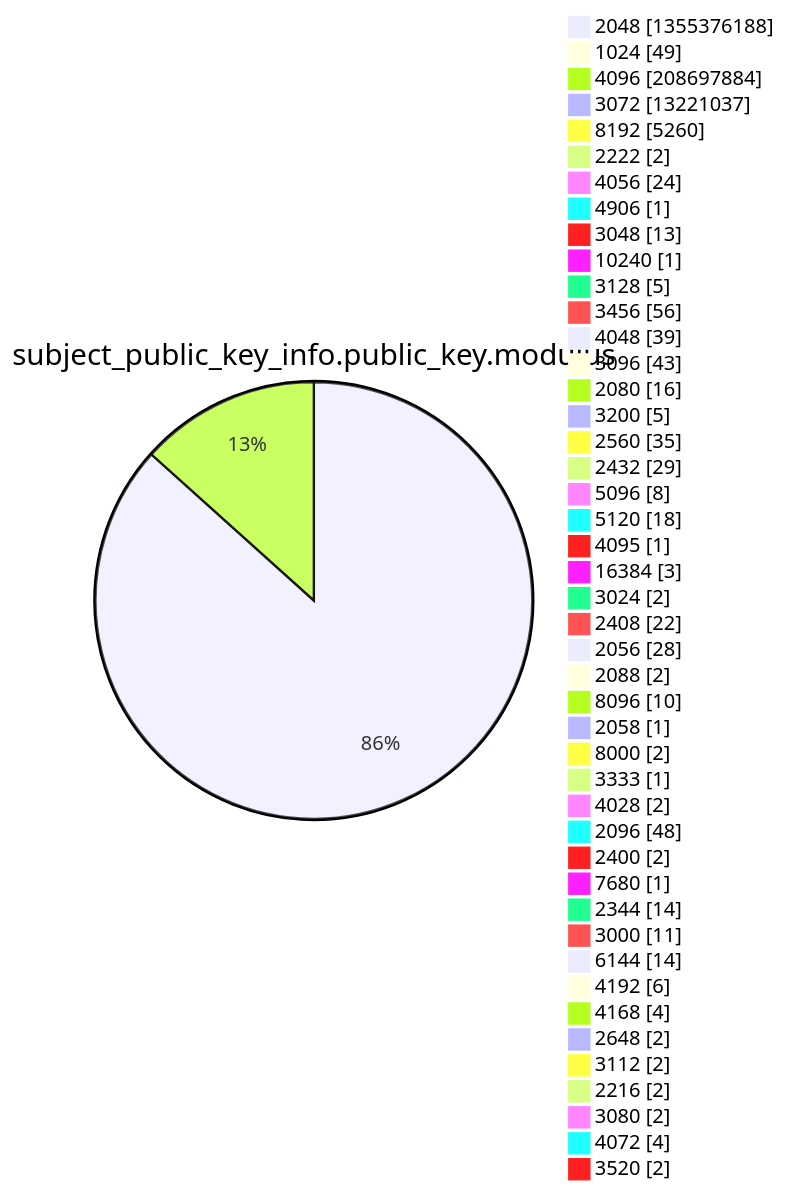
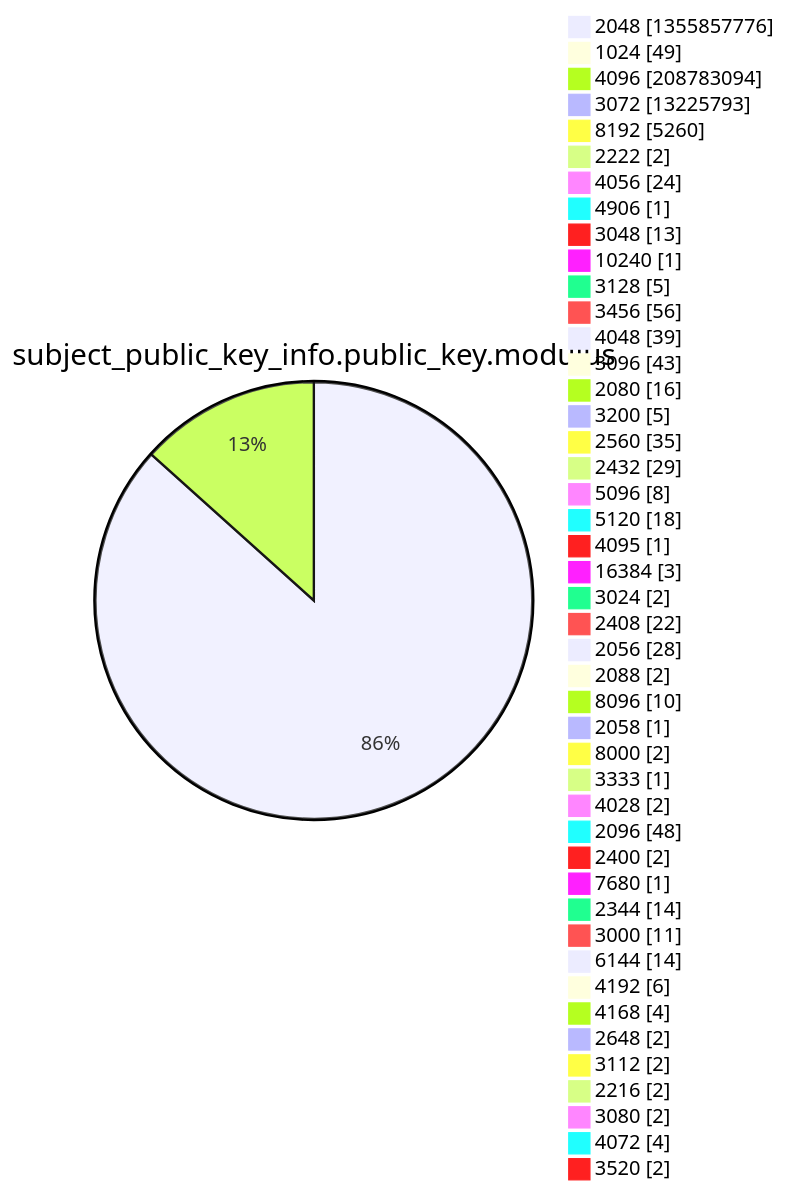
Before and after one commit to christiankrug/ctmonitor_visualization: diagram 13 of 15 in xenon2022/README.md, drawn with Mermaid. The commit also changed other lines of this file, not shown here.

````diff
--- a/xenon2022/README.md
+++ b/xenon2022/README.md
@@ -3927,49 +3927,49 @@
 ```mermaid
 pie showData
 title subject_public_key_info.public_key.modulus
-"2048" :1355376188
+"2048" :1355857776
 "1024" :49
-"4096" :208697884
-"3072" :13221037
+"4096" :208783094
+"3072" :13225793
 "8192" :5260
 "2222" :2
 "4056" :24
 "4906" :1
 "3048" :13
 "10240" :1
 "3128" :5
 "3456" :56
 "4048" :39
 "3096" :43
 "2080" :16
 "3200" :5
 "2560" :35
 "2432" :29
 "5096" :8
 "5120" :18
 "4095" :1
 "16384" :3
 "3024" :2
 "2408" :22
 "2056" :28
 "2088" :2
 "8096" :10
 "2058" :1
 "8000" :2
 "3333" :1
 "4028" :2
 "2096" :48
 "2400" :2
 "7680" :1
 "2344" :14
 "3000" :11
 "6144" :14
 "4192" :6
 "4168" :4
 "2648" :2
 "3112" :2
 "2216" :2
 "3080" :2
 "4072" :4
 "3520" :2
 ```
````
